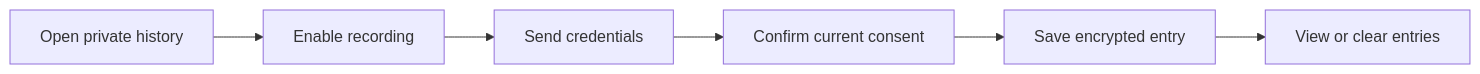
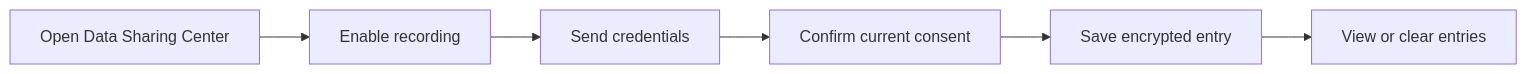
Before and after one commit to learningeconomy/LearnCard: the third of 4 diagrams in docs/apps/learn-card-app/README.md, drawn with Mermaid. The commit also changed other lines of this file and 14 other files, not shown here.

````diff
--- a/docs/apps/learn-card-app/README.md
+++ b/docs/apps/learn-card-app/README.md
@@ -74,8 +74,8 @@
 ```mermaid
 flowchart LR
-    A[Open private history] --> B[Enable recording]
+    A[Open Data Sharing Center] --> B[Enable recording]
     B --> C[Send credentials]
     C --> D[Confirm current consent]
     D --> E[Save encrypted entry]
     E --> F[View or clear entries]
 ```
````
